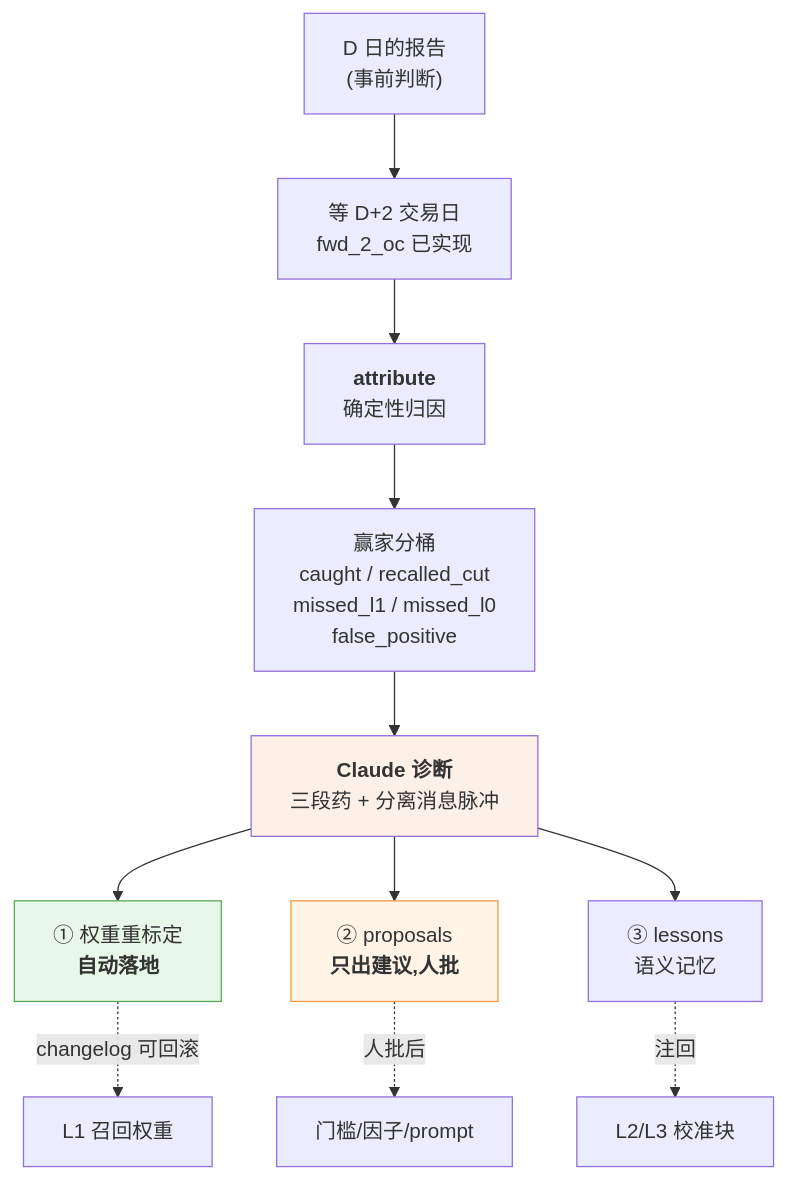
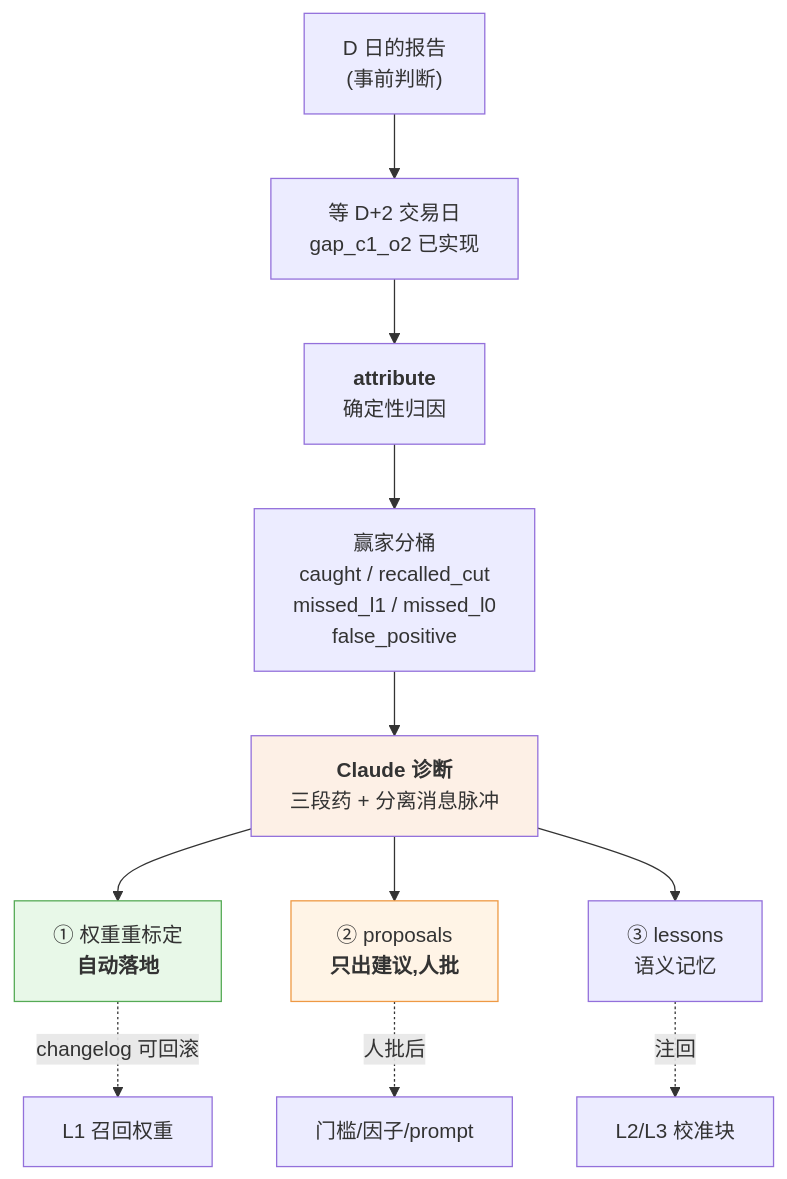
One commit to zhuangqingbin/AutoResearch changed the ninth of 10 diagrams in docs/PANORAMA.md. Above: the diagram before and after it, drawn with Mermaid. The commit also changed other lines of this file and 15 other files, not shown here.

````diff
--- a/docs/PANORAMA.md
+++ b/docs/PANORAMA.md
@@ -708,17 +710,17 @@
 ```mermaid
 flowchart TD
-    S["D 日的报告<br/>(事前判断)"] --> W["等 D+2 交易日<br/>fwd_2_oc 已实现"]
+    S["D 日的报告<br/>(事前判断)"] --> W["等 D+2 交易日<br/>gap_c1_o2 已实现"]
     W --> A["<b>attribute</b><br/>确定性归因"]
     A --> B["赢家分桶<br/>caught / recalled_cut<br/>missed_l1 / missed_l0<br/>false_positive"]
     B --> C["<b>Claude 诊断</b><br/>三段药 + 分离消息脉冲"]
     C --> D1["① 权重重标定<br/><b>自动落地</b>"]
     C --> D2["② proposals<br/><b>只出建议,人批</b>"]
     C --> D3["③ lessons<br/>语义记忆"]
     D1 -.changelog 可回滚.-> L1["L1 召回权重"]
     D2 -.人批后.-> ANY["门槛/因子/prompt"]
     D3 -.注回.-> L3A["L2/L3 校准块"]
 
     style D1 fill:#e8f8e8,stroke:#5a5
     style D2 fill:#fff4e6,stroke:#e94
     style C fill:#fdf0e6
 ```
````
